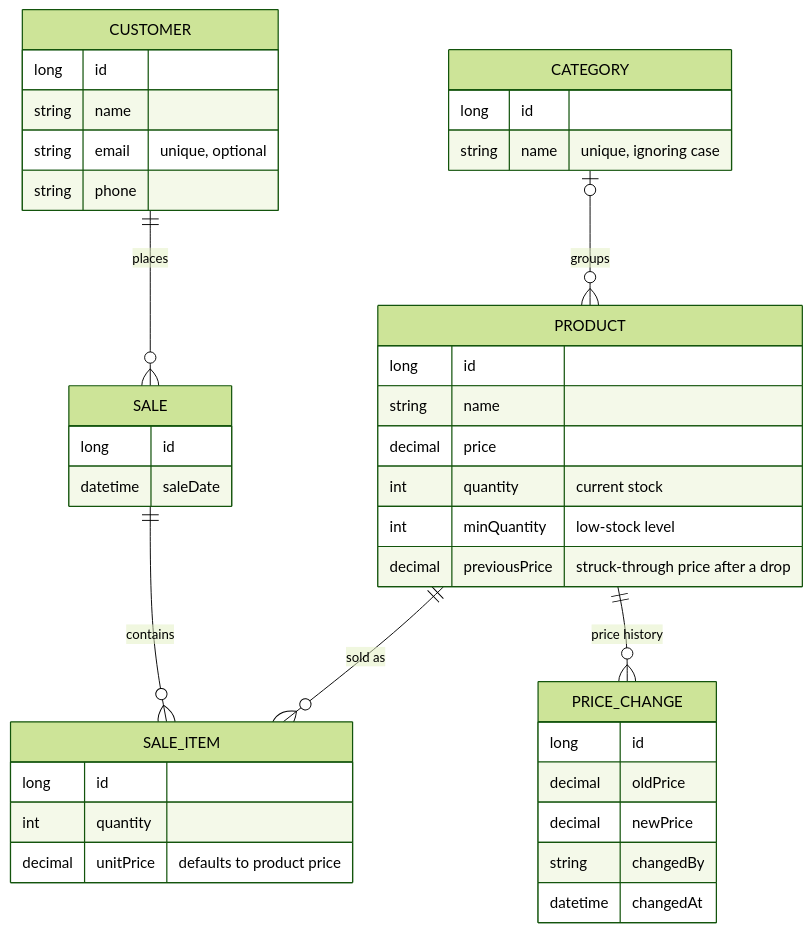
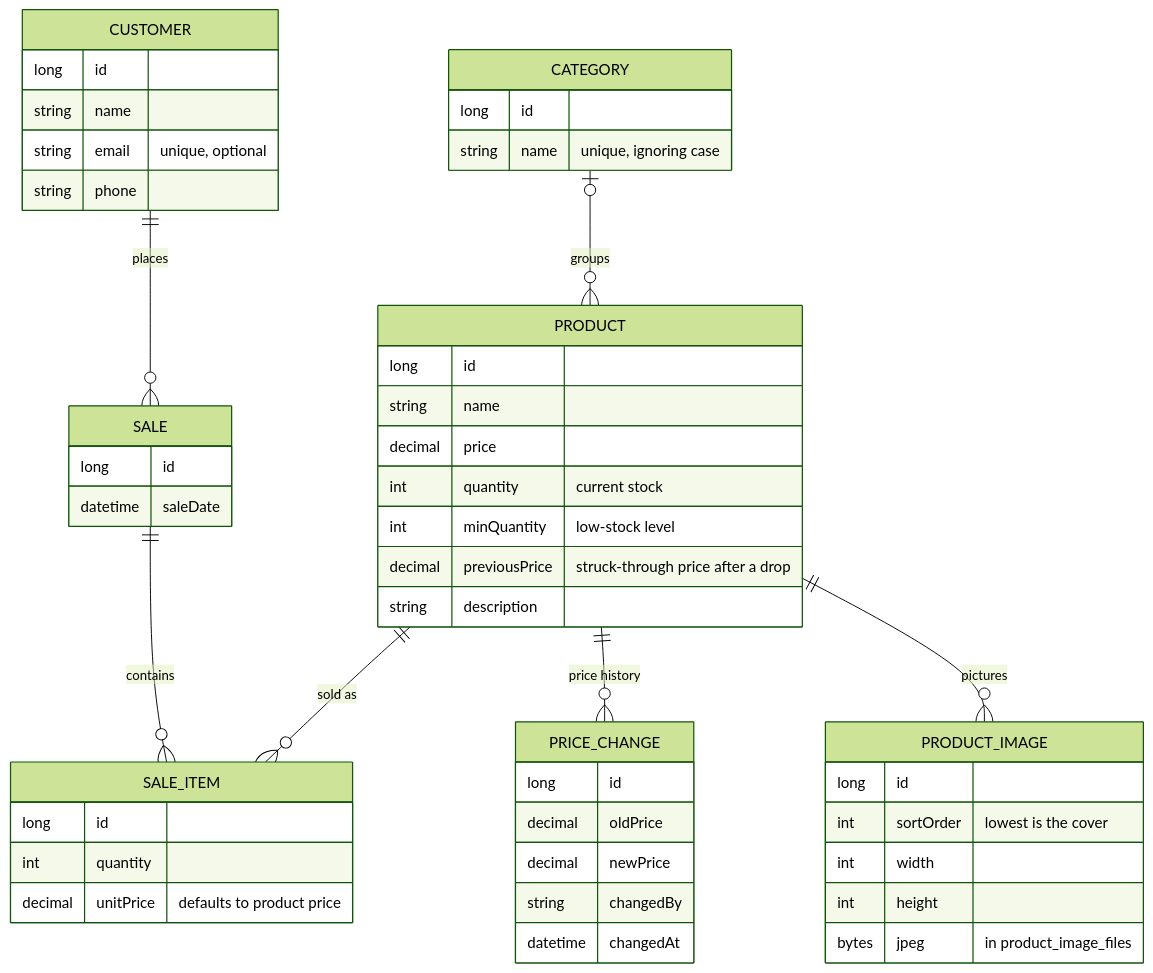
Before and after one commit to IlyasRachid20/stock-api: the diagram in README.md, drawn with Mermaid (forest theme). The commit also changed other lines of this file and 46 other files, not shown here.

First line of the commit message:
Add product pictures and descriptions

````diff
--- a/README.md
+++ b/README.md
@@ -70,43 +71,52 @@
 ```mermaid
 erDiagram
     CUSTOMER ||--o{ SALE : places
     SALE ||--o{ SALE_ITEM : contains
     PRODUCT ||--o{ SALE_ITEM : "sold as"
     CATEGORY |o--o{ PRODUCT : groups
     PRODUCT ||--o{ PRICE_CHANGE : "price history"
+    PRODUCT ||--o{ PRODUCT_IMAGE : pictures
 
     CUSTOMER {
         long id
         string name
         string email "unique, optional"
         string phone
     }
     CATEGORY {
         long id
         string name "unique, ignoring case"
     }
     PRODUCT {
         long id
         string name
         decimal price
         int quantity "current stock"
         int minQuantity "low-stock level"
         decimal previousPrice "struck-through price after a drop"
+        string description
+    }
+    PRODUCT_IMAGE {
+        long id
+        int sortOrder "lowest is the cover"
+        int width
+        int height
+        bytes jpeg "in product_image_files"
     }
     PRICE_CHANGE {
         long id
         decimal oldPrice
         decimal newPrice
         string changedBy
         datetime changedAt
     }
     SALE {
         long id
         datetime saleDate
     }
     SALE_ITEM {
         long id
         int quantity
         decimal unitPrice "defaults to product price"
     }
 ```
````
